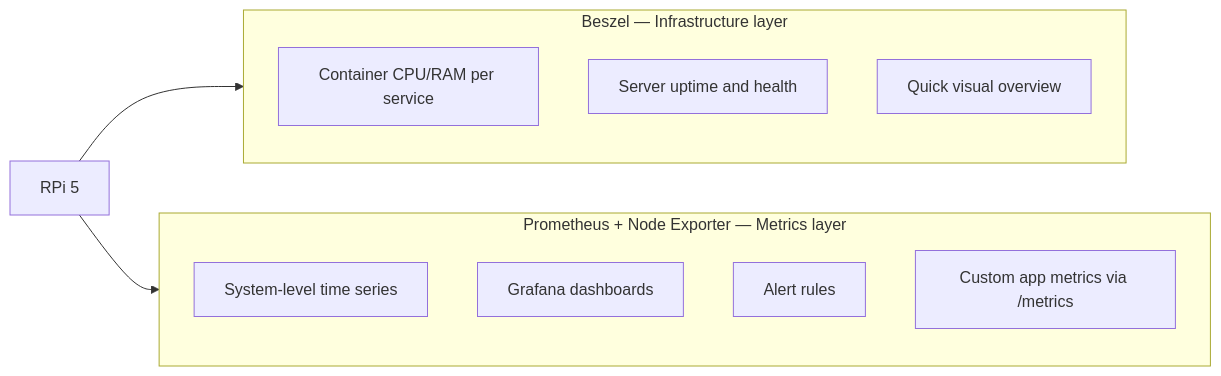
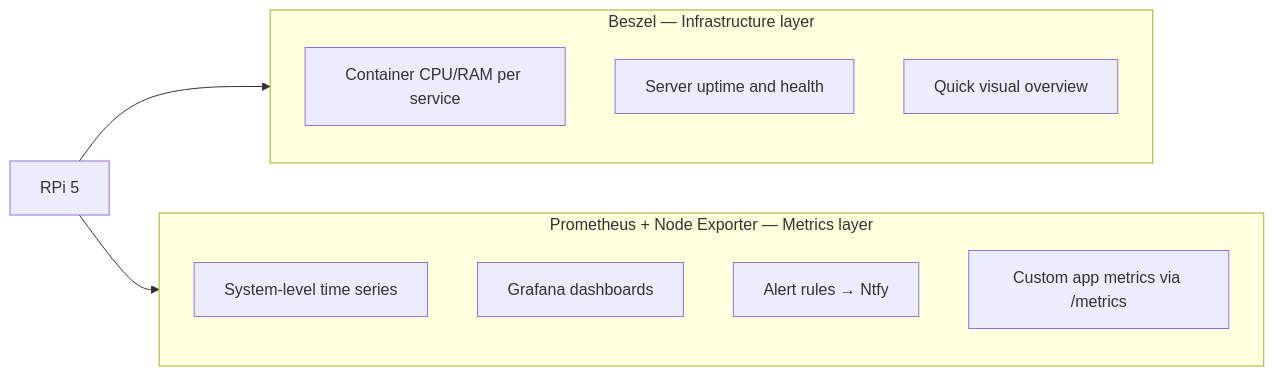
Before and after one commit to HuguitoH/Homelab: the fifth of 7 diagrams in README.md, drawn with Mermaid. The commit also changed other lines of this file and 1 other file, not shown here.

````diff
--- a/README.md
+++ b/README.md
@@ -254,18 +274,18 @@
 ```mermaid
 flowchart LR
     subgraph Beszel["Beszel — Infrastructure layer"]
         B1["Container CPU/RAM per service"]
         B2["Server uptime and health"]
         B3["Quick visual overview"]
     end
 
     subgraph Prom["Prometheus + Node Exporter — Metrics layer"]
         P1["System-level time series"]
         P2["Grafana dashboards"]
-        P3["Alert rules"]
+        P3["Alert rules → Ntfy"]
         P4["Custom app metrics via /metrics"]
     end
 
     RPi["RPi 5"] --> Beszel
     RPi --> Prom
 ```
````
